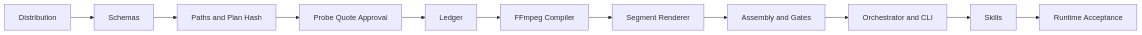
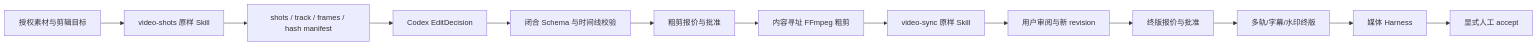
One commit to full-aigc-plugins/video-factory-plugin changed the diagram in docs/superpowers/plans/2026-09-14-local-composition-v0.1.0.md. Above: the diagram before and after it, drawn with Mermaid. The commit also changed other lines of this file and 14 other files, not shown here.

````diff
--- a/docs/superpowers/plans/2026-09-14-local-composition-v0.1.0.md
+++ b/docs/superpowers/plans/2026-09-14-local-composition-v0.1.0.md
@@ -667,13 +17,15 @@
 ```mermaid
 flowchart LR
-    T1[Distribution] --> T2[Schemas]
-    T2 --> T3[Paths and Plan Hash]
-    T3 --> T4[Probe Quote Approval]
-    T4 --> T5[Ledger]
-    T5 --> T6[FFmpeg Compiler]
-    T6 --> T7[Segment Renderer]
-    T7 --> T8[Assembly and Gates]
-    T8 --> T9[Orchestrator and CLI]
-    T9 --> T10[Skills]
-    T10 --> T11[Runtime Acceptance]
+    A[授权素材与剪辑目标] --> S[video-shots 原样 Skill]
+    S --> E[shots / track / frames / hash manifest]
+    E --> D[Codex EditDecision]
+    D --> V[闭合 Schema 与时间线校验]
+    V --> Q[粗剪报价与批准]
+    Q --> R[内容寻址 FFmpeg 粗剪]
+    R --> Y[video-sync 原样 Skill]
+    Y --> H[用户审阅与新 revision]
+    H --> F[终版报价与批准]
+    F --> M[多轨/字幕/水印终版]
+    M --> G[媒体 Harness]
+    G --> C[显式人工 accept]
 ```
````
